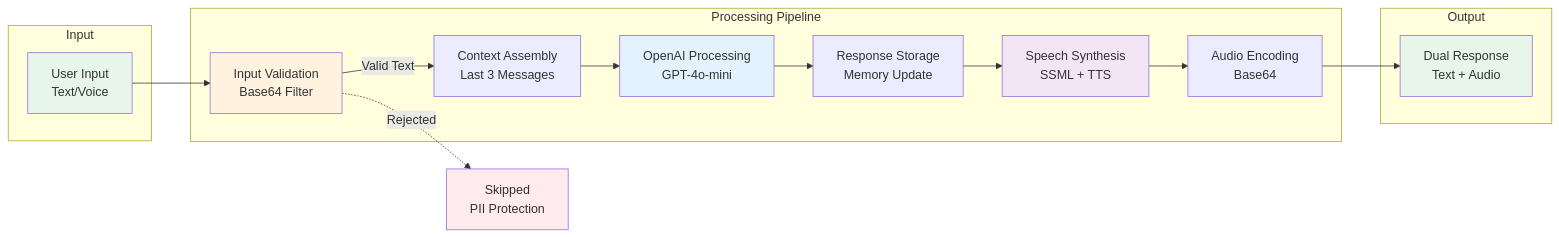
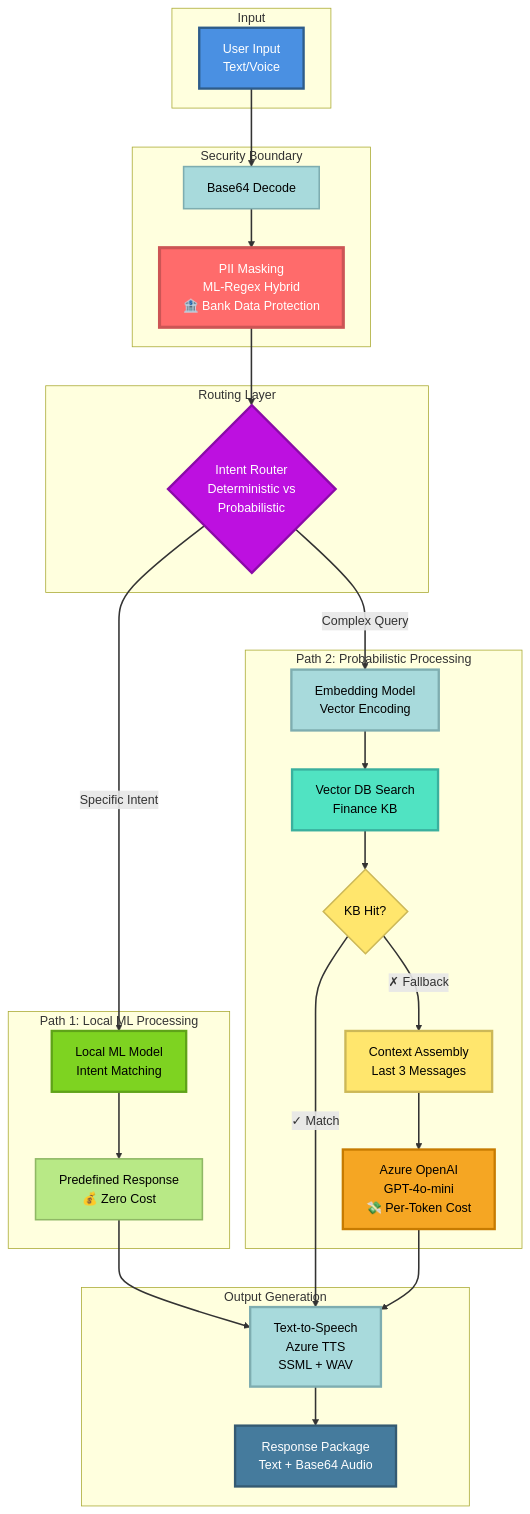
Before and after one commit to zerriet/azureBotSample: the third of 12 diagrams in ARCHITECTURE_DIAGRAMS.md, drawn with Mermaid. The commit also changed other lines of this file, not shown here.

First line of the commit message:
Update architecture diagrams with correct dual-path routing and PII masking

````diff
--- a/ARCHITECTURE_DIAGRAMS.md
+++ b/ARCHITECTURE_DIAGRAMS.md
@@ -131,35 +144,68 @@
 ```mermaid
-flowchart LR
+flowchart TD
     subgraph Input
-        A[User Input<br/>Text/Voice]
+        A["User Input<br/>Text/Voice"]
     end
 
-    subgraph "Processing Pipeline"
-        B[Input Validation<br/>Base64 Filter]
-        C[Context Assembly<br/>Last 3 Messages]
-        D[OpenAI Processing<br/>GPT-4o-mini]
-        E[Response Storage<br/>Memory Update]
-        F[Speech Synthesis<br/>SSML + TTS]
-        G[Audio Encoding<br/>Base64]
+    subgraph "Security Boundary"
+        B["Base64 Decode"]
+        C["PII Masking<br/>ML-Regex Hybrid<br/>🏦 Bank Data Protection"]
     end
 
-    subgraph Output
-        H[Dual Response<br/>Text + Audio]
+    subgraph "Routing Layer"
+        D{"Intent Router<br/>Deterministic vs<br/>Probabilistic"}
+    end
+
+    subgraph "Path 1: Local ML Processing"
+        E["Local ML Model<br/>Intent Matching"]
+        F["Predefined Response<br/>💰 Zero Cost"]
+    end
+
+    subgraph "Path 2: Probabilistic Processing"
+        G["Embedding Model<br/>Vector Encoding"]
+        H["Vector DB Search<br/>Finance KB"]
+        I{"KB Hit?"}
+        J["Context Assembly<br/>Last 3 Messages"]
+        K["Azure OpenAI<br/>GPT-4o-mini<br/>💸 Per-Token Cost"]
+    end
+
+    subgraph "Output Generation"
+        L["Text-to-Speech<br/>Azure TTS<br/>SSML + WAV"]
+        M["Response Package<br/>Text + Base64 Audio"]
     end
 
     A --> B
-    B -->|Valid Text| C
-    B -.->|Rejected| X[Skipped<br/>PII Protection]
+    B --> C
     C --> D
-    D --> E
+
+    D -->|"Specific Intent"| E
     E --> F
-    F --> G
+    F --> L
+
+    D -->|"Complex Query"| G
     G --> H
+    H --> I
+    I -->|"✓ Match"| L
+    I -->|"✗ Fallback"| J
+    J --> K
+    K --> L
 
-    style A fill:#e8f5e9
-    style H fill:#e8f5e9
-    style B fill:#fff3e0
-    style X fill:#ffebee
-    style D fill:#e3f2fd
-    style F fill:#f3e5f5
+    L --> M
+
+    %% High-visibility styling
+    style A fill:#4A90E2,stroke:#2E5C8A,stroke-width:3px,color:#FFFFFF
+    style B fill:#A8DADC,stroke:#7EADB0,stroke-width:2px,color:#000000
+    style C fill:#FF6B6B,stroke:#CC5555,stroke-width:4px,color:#FFFFFF
+    style D fill:#BD10E0,stroke:#8B0AA8,stroke-width:3px,color:#FFFFFF
+    style E fill:#7ED321,stroke:#5FA319,stroke-width:3px,color:#000000
+    style F fill:#B8E986,stroke:#8FB865,stroke-width:2px,color:#000000
+    style G fill:#A8DADC,stroke:#7EADB0,stroke-width:3px,color:#000000
+    style H fill:#50E3C2,stroke:#3AB09E,stroke-width:3px,color:#000000
+    style I fill:#FFE66D,stroke:#CCB857,stroke-width:2px,color:#000000
+    style J fill:#FFE66D,stroke:#CCB857,stroke-width:3px,color:#000000
+    style K fill:#F5A623,stroke:#C77B00,stroke-width:3px,color:#000000
+    style L fill:#A8DADC,stroke:#7EADB0,stroke-width:3px,color:#000000
+    style M fill:#457B9D,stroke:#345A72,stroke-width:3px,color:#FFFFFF
+
+    linkStyle default stroke:#333,stroke-width:2px
 ```
````
